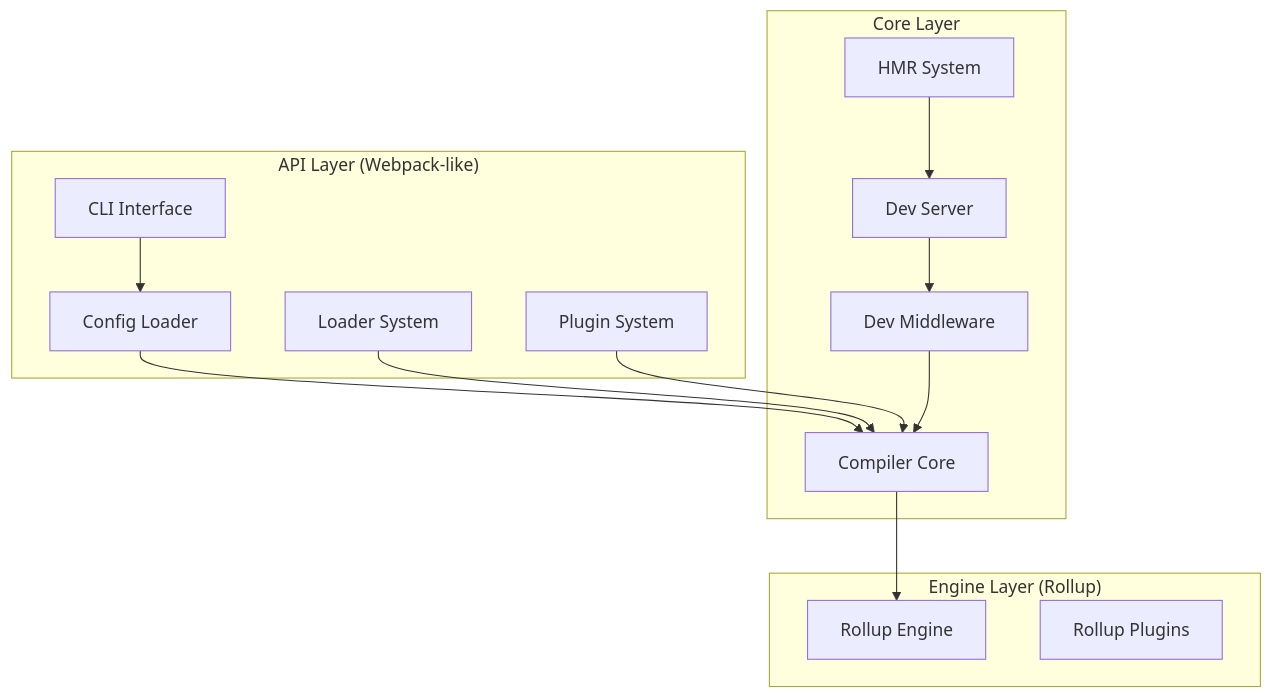
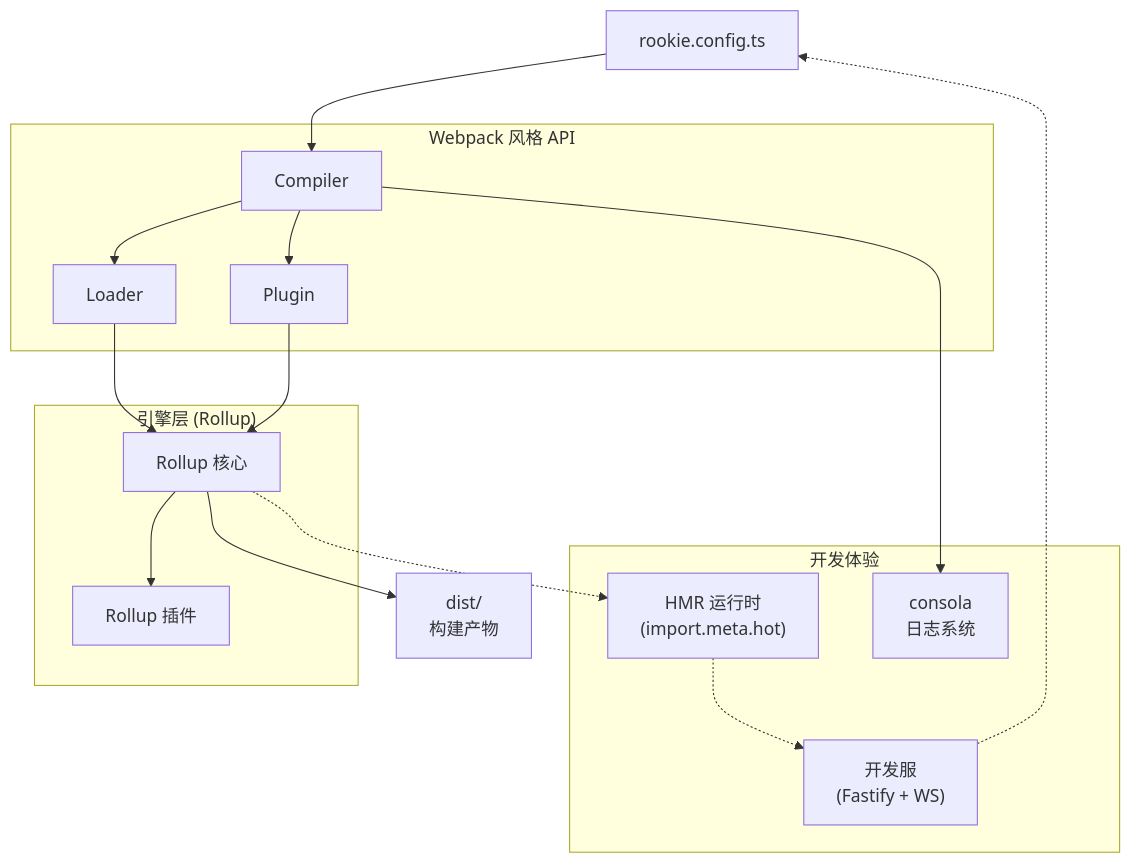
The diagram in design-doc/rookiepack.md (narukeu/narukeu-docs), drawn with Mermaid before and after one commit.

Commit message:
refactor: 更新 RookiePack 文档

````diff
--- a/design-doc/rookiepack.md
+++ b/design-doc/rookiepack.md
@@ -533,30 +533,44 @@
 ```mermaid
-graph TB
-    subgraph "API Layer (Webpack-like)"
-        CLI[CLI Interface]
-        Config[Config Loader]
-        LoaderAPI[Loader System]
-        PluginAPI[Plugin System]
+flowchart TD
+    %% 用户配置层
+    Config["rookie.config.ts"]
+
+    %% API 层 (Webpack 风格)
+    subgraph API ["Webpack 风格 API"]
+        Compiler["Compiler"]
+        LoaderSystem["Loader"]
+        PluginSystem["Plugin"]
     end
 
-    subgraph "Core Layer"
-        Compiler[Compiler Core]
-        Middleware[Dev Middleware]
-        DevServer[Dev Server]
-        HMR[HMR System]
+    %% 引擎层 (Rollup)
+    subgraph Engine ["引擎层 (Rollup)"]
+        RollupCore["Rollup 核心"]
+        RollupPlugins["Rollup 插件"]
     end
 
-    subgraph "Engine Layer (Rollup)"
-        Rollup[Rollup Engine]
-        RollupPlugins[Rollup Plugins]
+    %% 开发体验层
+    subgraph DevExp ["开发体验"]
+        HMR["HMR 运行时<br/>(import.meta.hot)"]
+        DevServer["开发服 <br/>(Fastify + WS)"]
+        Logger["consola <br/> 日志系统"]
     end
 
-    CLI --> Config
+    %% 输出
+    Output["dist/<br/>构建产物"]
+
+    %% 连接关系
     Config --> Compiler
-    LoaderAPI --> Compiler
-    PluginAPI --> Compiler
-    Compiler --> Rollup
-    Middleware --> Compiler
-    DevServer --> Middleware
-    HMR --> DevServer
+    Compiler --> LoaderSystem
+    Compiler --> PluginSystem
+    LoaderSystem --> RollupCore
+    PluginSystem --> RollupCore
+    RollupCore --> RollupPlugins
+    RollupCore --> Output
+
+    %% 开发时连接
+    RollupCore -.-> HMR
+    HMR -.-> DevServer
+    Compiler --> Logger
+    DevServer -.-> Config
+
 ```
````
